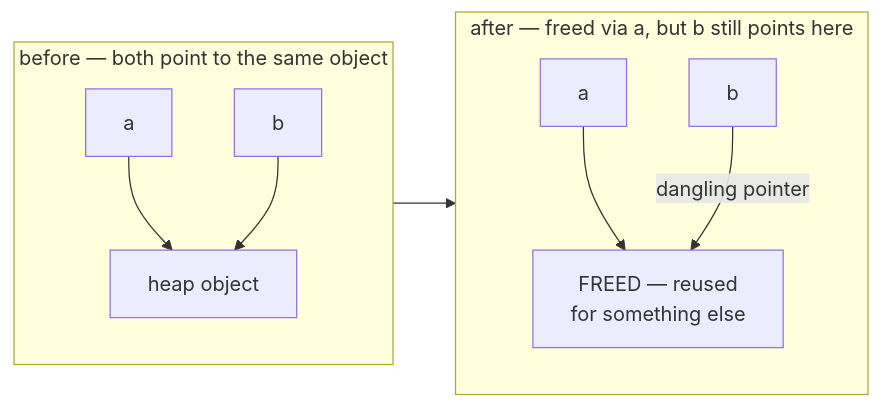
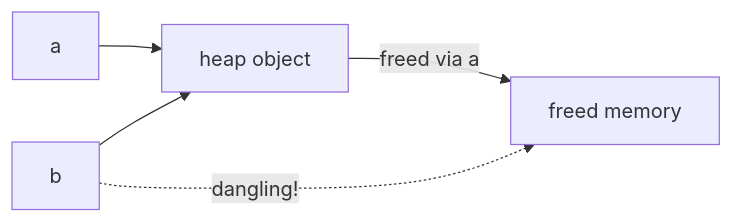
The second of 2 diagrams in guides/memory-and-garbage-collection/01-where-objects-live.md (Topurrra/themissingmanual), drawn with Mermaid before and after one commit. The commit also changed other lines of this file and 15 other files, not shown here.

Commit message:
fixed mermaid diagrams

````diff
--- a/guides/memory-and-garbage-collection/01-where-objects-live.md
+++ b/guides/memory-and-garbage-collection/01-where-objects-live.md
@@ -71,12 +69,7 @@
 ```mermaid
 flowchart LR
-  subgraph before["before — both point to the same object"]
-    a1["a"] --> obj["heap object"]
-    b1["b"] --> obj
-  end
-  subgraph after["after — freed via a, but b still points here"]
-    a2["a"] --> freed["FREED — reused<br/>for something else"]
-    b2["b"] -->|dangling pointer| freed
-  end
-  before --> after
+  a[a] --> Obj[heap object]
+  b[b] --> Obj
+  Obj -->|freed via a| Freed[freed memory]
+  b -.->|dangling!| Freed
 ```
````
